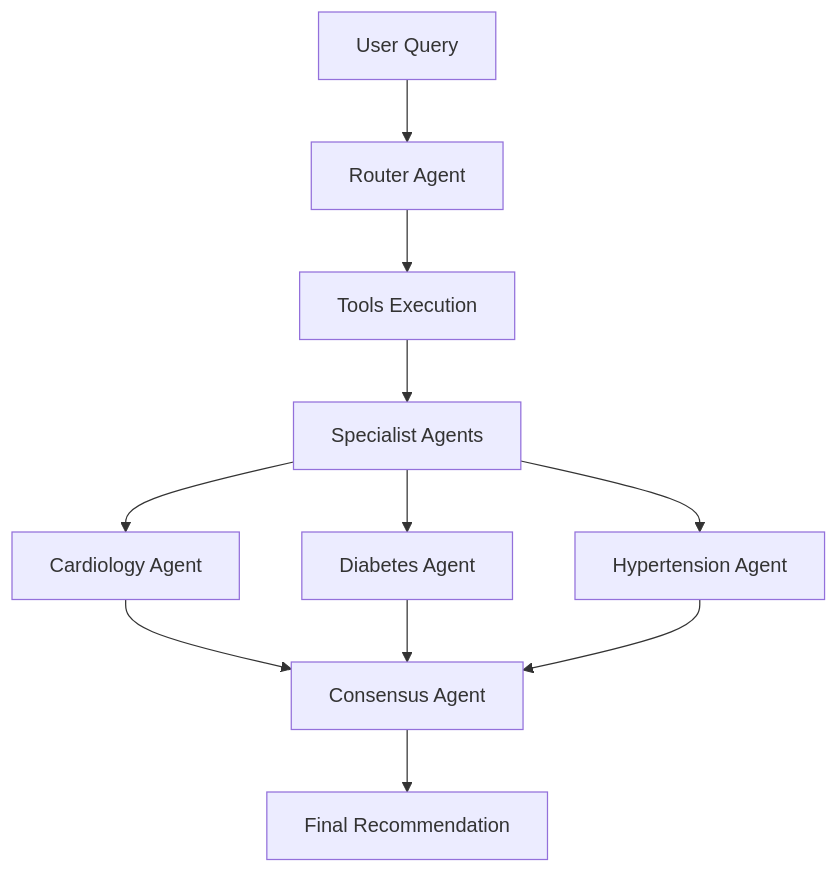
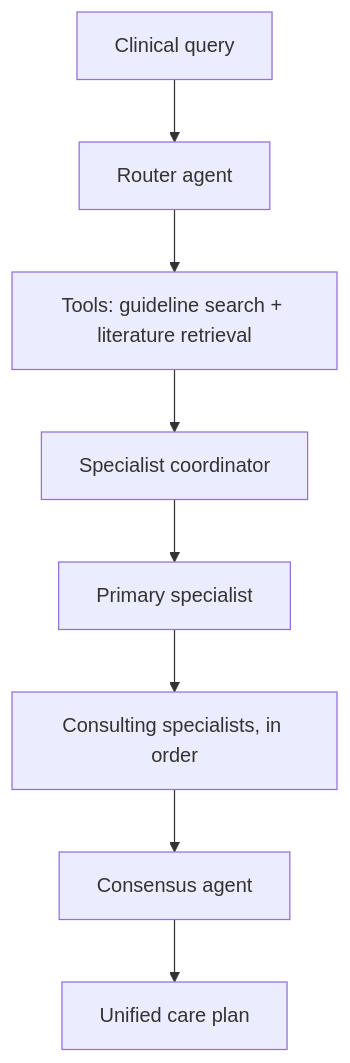
One commit to Arjun-Sivasankar/CardioMetabolic-Agents changed the diagram in README.md. Above: the diagram before and after it, drawn with Mermaid. The commit also changed other lines of this file and 14 other files, not shown here.

````diff
--- a/README.md
+++ b/README.md
@@ -122,13 +24,10 @@
 ```mermaid
 graph TD
-    A[User Query] --> B[Router Agent]
-    B --> C[Tools Execution]
-    C --> D[Specialist Agents]
-    D --> E[Cardiology Agent]
-    D --> F[Diabetes Agent]
-    D --> G[Hypertension Agent]
-    E --> H[Consensus Agent]
-    F --> H
-    G --> H
-    H --> I[Final Recommendation]
+    A[Clinical query] --> B[Router agent]
+    B --> C[Tools: guideline search + literature retrieval]
+    C --> D[Specialist coordinator]
+    D --> E[Primary specialist]
+    E --> F[Consulting specialists, in order]
+    F --> G[Consensus agent]
+    G --> H[Unified care plan]
 ```
````
